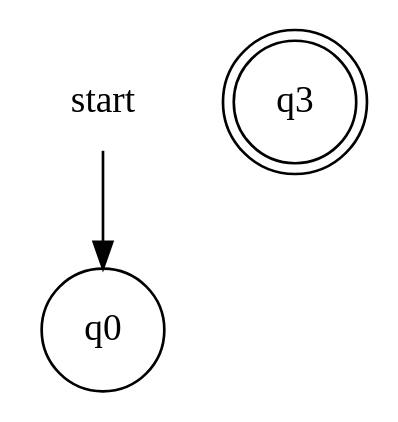
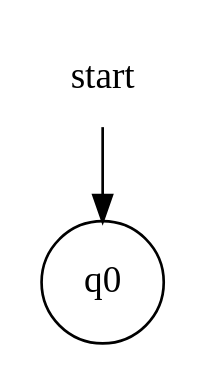
One commit to evertheylen/TA_TO changed the diagram in Helix/testbestanden/Re-eNFA/Expectedfile3.dot. Above: the diagram before and after it, drawn with Graphviz.

```diff
--- a/Helix/testbestanden/Re-eNFA/Expectedfile3.dot
+++ b/Helix/testbestanden/Re-eNFA/Expectedfile3.dot
@@ -1,6 +1,5 @@
 digraph automaton {
     node [shape=none]; start;
-    node [shape=doublecircle]; "q3";
     node [shape=circle];
     start -> "q0";
 }
```
